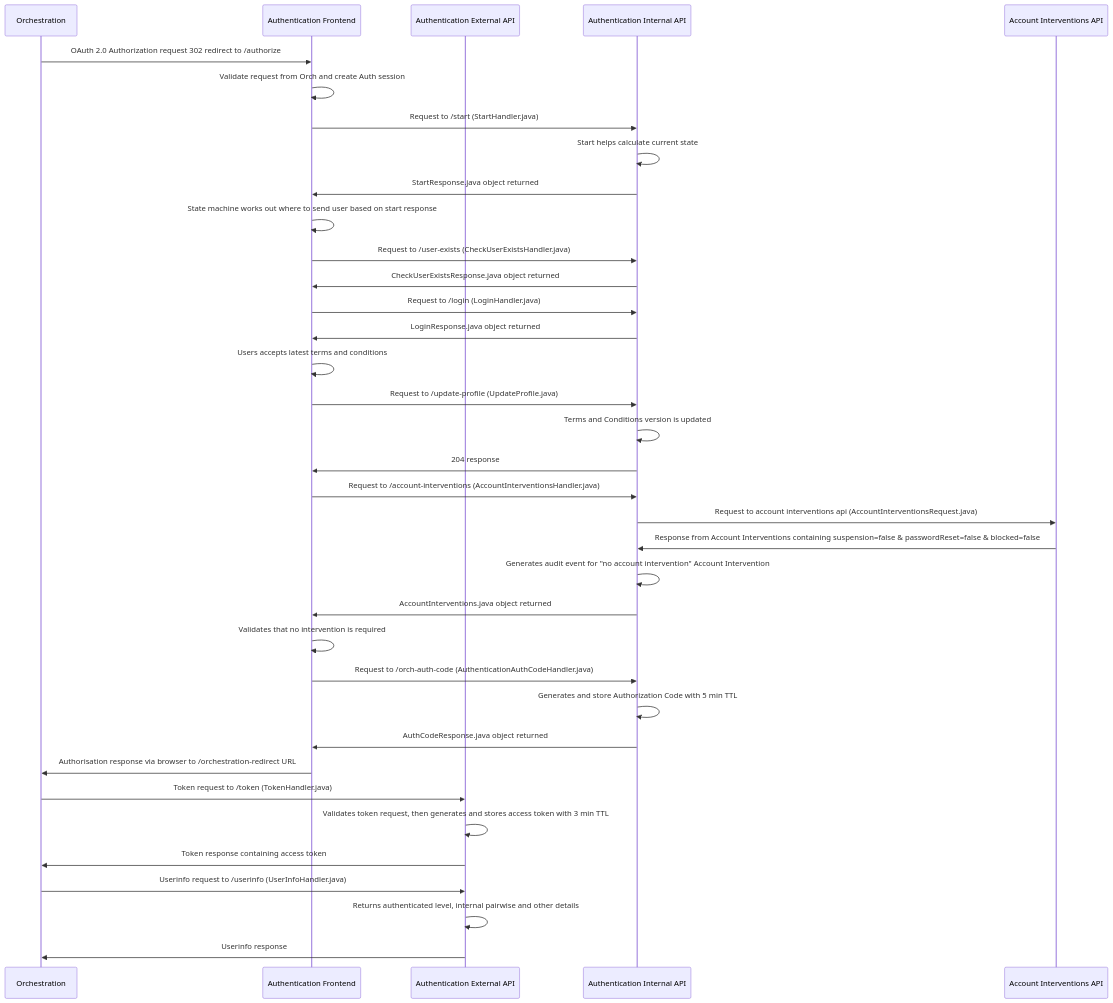
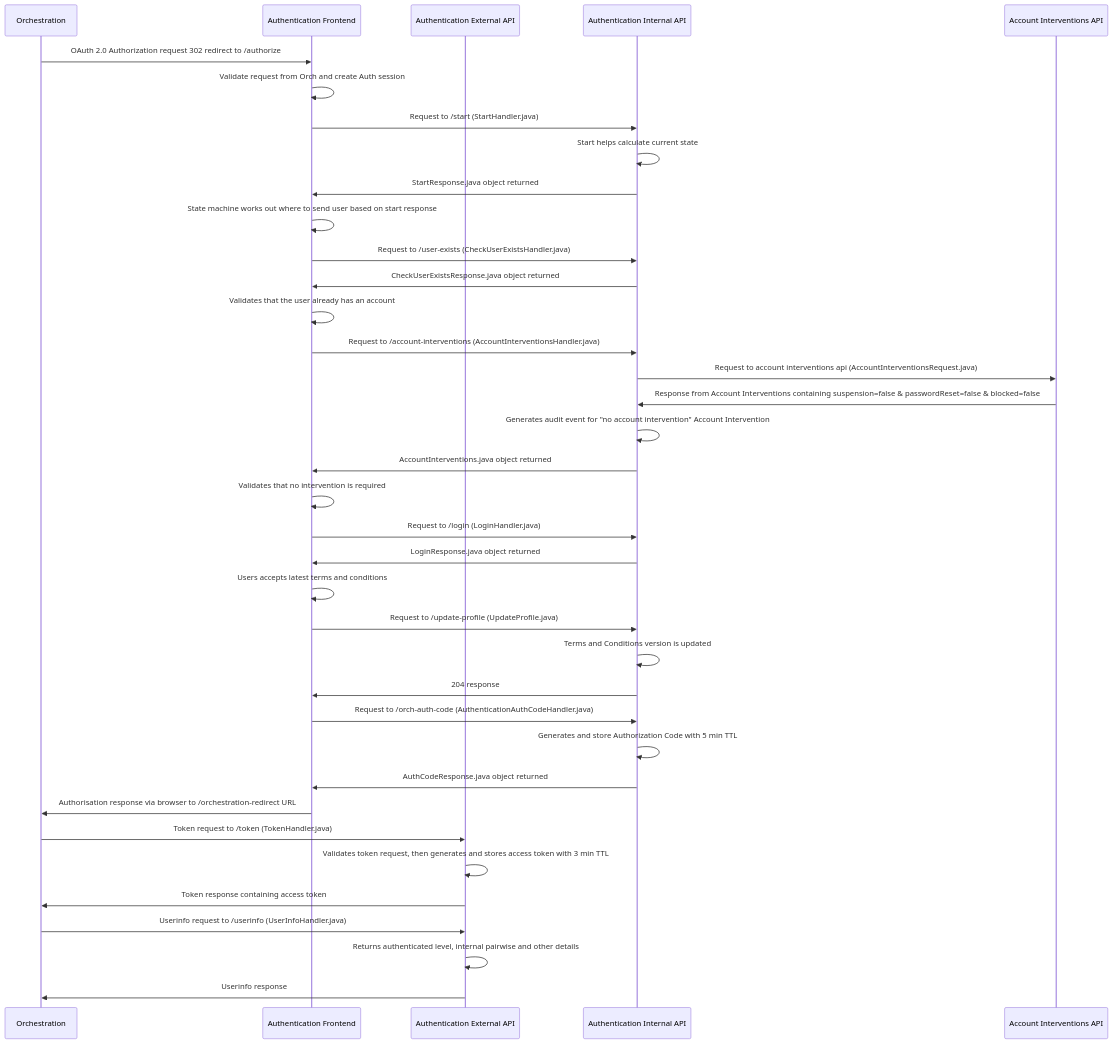
Before and after one commit to govuk-one-login/authentication-api: the diagram in docs/diagrams/authentication/login/account-interventions/low-level-terms-and-conditions/login-terms-low-level-no-intervention.mmd, drawn with Mermaid. The commit also changed 28 other files, not shown here.

First line of the commit message:
BAU - Update interventions diagram

```diff
--- a/docs/diagrams/authentication/login/account-interventions/low-level-terms-and-conditions/login-terms-low-level-no-intervention.mmd
+++ b/docs/diagrams/authentication/login/account-interventions/low-level-terms-and-conditions/login-terms-low-level-no-intervention.mmd
@@ -1,36 +1,37 @@
 sequenceDiagram
     participant orch_api as Orchestration
     participant auth_frontend as Authentication Frontend
     participant auth_external_api as Authentication External API
     participant auth_internal_api as Authentication Internal API
     participant account_interventions as Account Interventions API    
     orch_api ->> auth_frontend : OAuth 2.0 Authorization request 302 redirect to /authorize
     auth_frontend ->> auth_frontend : Validate request from Orch and create Auth session 
     auth_frontend ->> auth_internal_api : Request to /start (StartHandler.java)
     auth_internal_api ->> auth_internal_api : Start helps calculate current state
     auth_internal_api ->> auth_frontend : StartResponse.java object returned
     auth_frontend ->> auth_frontend : State machine works out where to send user based on start response
     auth_frontend ->> auth_internal_api : Request to /user-exists (CheckUserExistsHandler.java)
     auth_internal_api ->> auth_frontend: CheckUserExistsResponse.java object returned
+    auth_frontend ->> auth_frontend: Validates that the user already has an account
+    auth_frontend ->> auth_internal_api : Request to /account-interventions (AccountInterventionsHandler.java)
+    auth_internal_api ->> account_interventions : Request to account interventions api (AccountInterventionsRequest.java)
+    account_interventions ->> auth_internal_api : Response from Account Interventions containing suspension=false & passwordReset=false & blocked=false
+    auth_internal_api ->> auth_internal_api : Generates audit event for "no account intervention" Account Intervention
+    auth_internal_api ->> auth_frontend: AccountInterventions.java object returned
+    auth_frontend ->> auth_frontend : Validates that no intervention is required
     auth_frontend ->> auth_internal_api : Request to /login (LoginHandler.java)
     auth_internal_api ->> auth_frontend: LoginResponse.java object returned
     auth_frontend ->> auth_frontend: Users accepts latest terms and conditions
     auth_frontend ->> auth_internal_api : Request to /update-profile (UpdateProfile.java)
     auth_internal_api ->> auth_internal_api : Terms and Conditions version is updated
     auth_internal_api ->> auth_frontend: 204 response 
-    auth_frontend ->> auth_internal_api : Request to /account-interventions (AccountInterventionsHandler.java)
-    auth_internal_api ->> account_interventions : Request to account interventions api (AccountInterventionsRequest.java)
-    account_interventions ->> auth_internal_api : Response from Account Interventions containing suspension=false & passwordReset=false & blocked=false
-    auth_internal_api ->> auth_internal_api : Generates audit event for "no account intervention" Account Intervention
-    auth_internal_api ->> auth_frontend: AccountInterventions.java object returned
-    auth_frontend ->> auth_frontend : Validates that no intervention is required
     auth_frontend ->> auth_internal_api : Request to /orch-auth-code (AuthenticationAuthCodeHandler.java)
     auth_internal_api ->> auth_internal_api : Generates and store Authorization Code with 5 min TTL
     auth_internal_api ->> auth_frontend: AuthCodeResponse.java object returned
     auth_frontend ->> orch_api : Authorisation response via browser to /orchestration-redirect URL
     orch_api ->> auth_external_api: Token request to /token (TokenHandler.java)
     auth_external_api ->> auth_external_api : Validates token request, then generates and stores access token with 3 min TTL
     auth_external_api ->> orch_api : Token response containing access token
     orch_api ->> auth_external_api: Userinfo request to /userinfo (UserInfoHandler.java)
     auth_external_api ->> auth_external_api: Returns authenticated level, internal pairwise and other details
     auth_external_api ->> orch_api : Userinfo response
```
